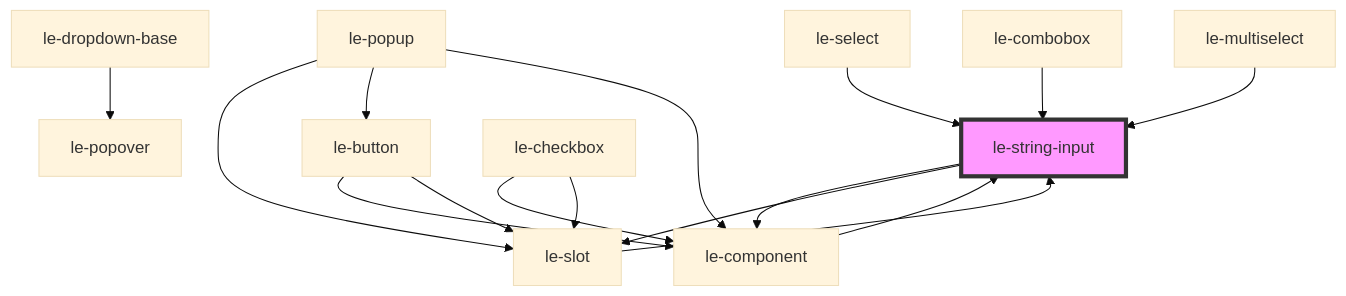
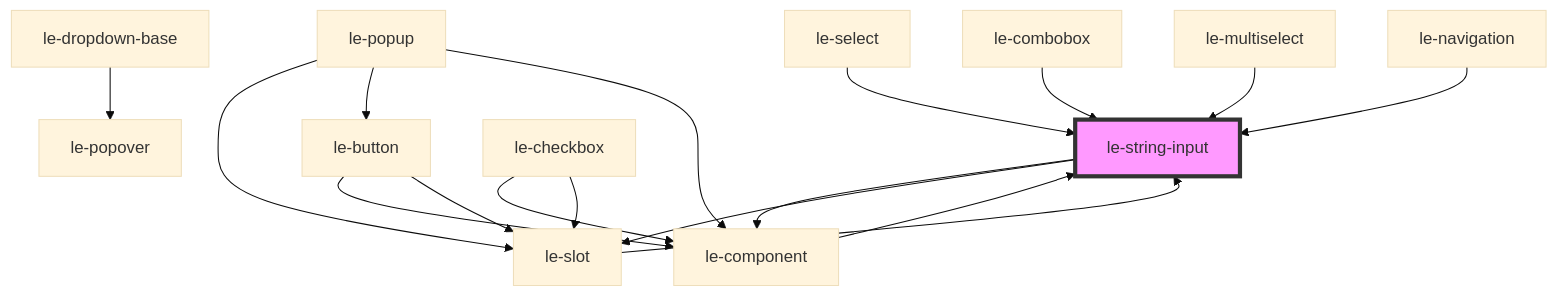
One commit to leechy/le-kit changed the diagram in src/components/le-string-input/readme.md. Above: the diagram before and after it, drawn with Mermaid (base theme). The commit also changed other lines of this file and 11 other files, not shown here.

````diff
--- a/src/components/le-string-input/readme.md
+++ b/src/components/le-string-input/readme.md
@@ -72,19 +73,20 @@
 ```mermaid
 graph TD;
   le-string-input --> le-component
   le-string-input --> le-slot
   le-component --> le-string-input
   le-button --> le-component
   le-button --> le-slot
   le-slot --> le-string-input
   le-select --> le-string-input
   le-dropdown-base --> le-popover
   le-checkbox --> le-component
   le-checkbox --> le-slot
   le-popup --> le-slot
   le-popup --> le-button
   le-popup --> le-component
   le-combobox --> le-string-input
   le-multiselect --> le-string-input
+  le-navigation --> le-string-input
   style le-string-input fill:#f9f,stroke:#333,stroke-width:4px
 ```
````
